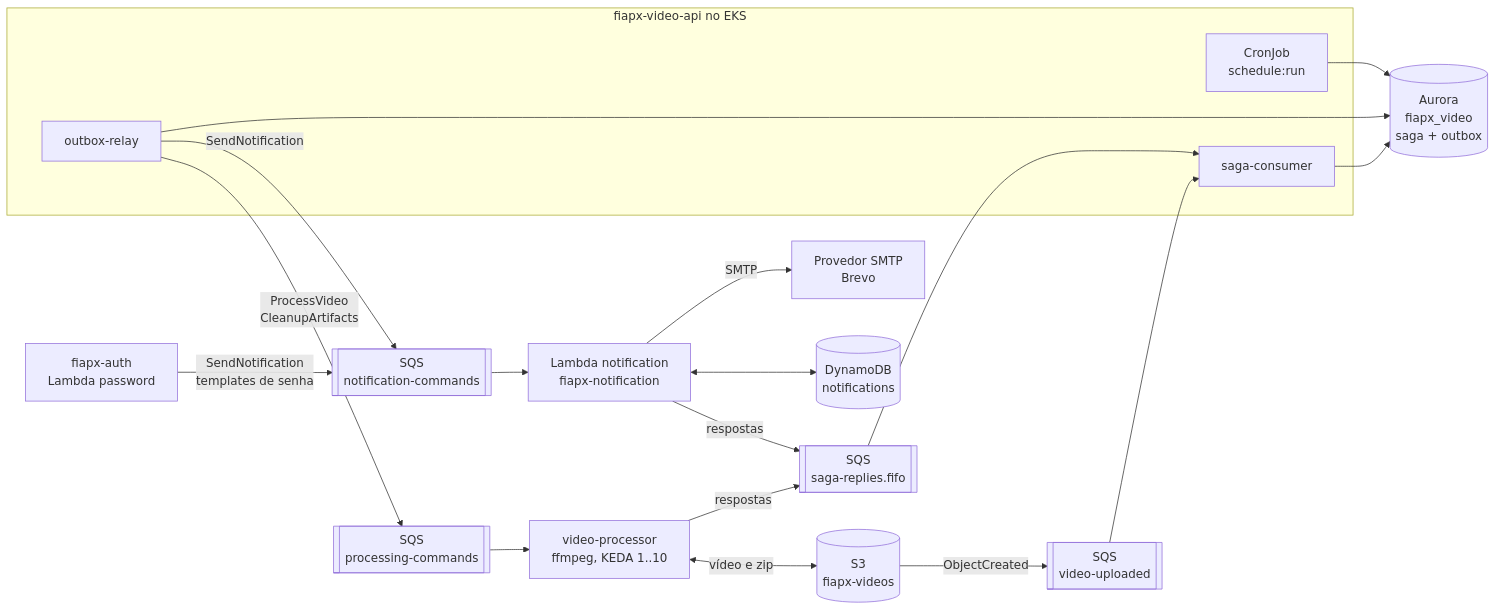
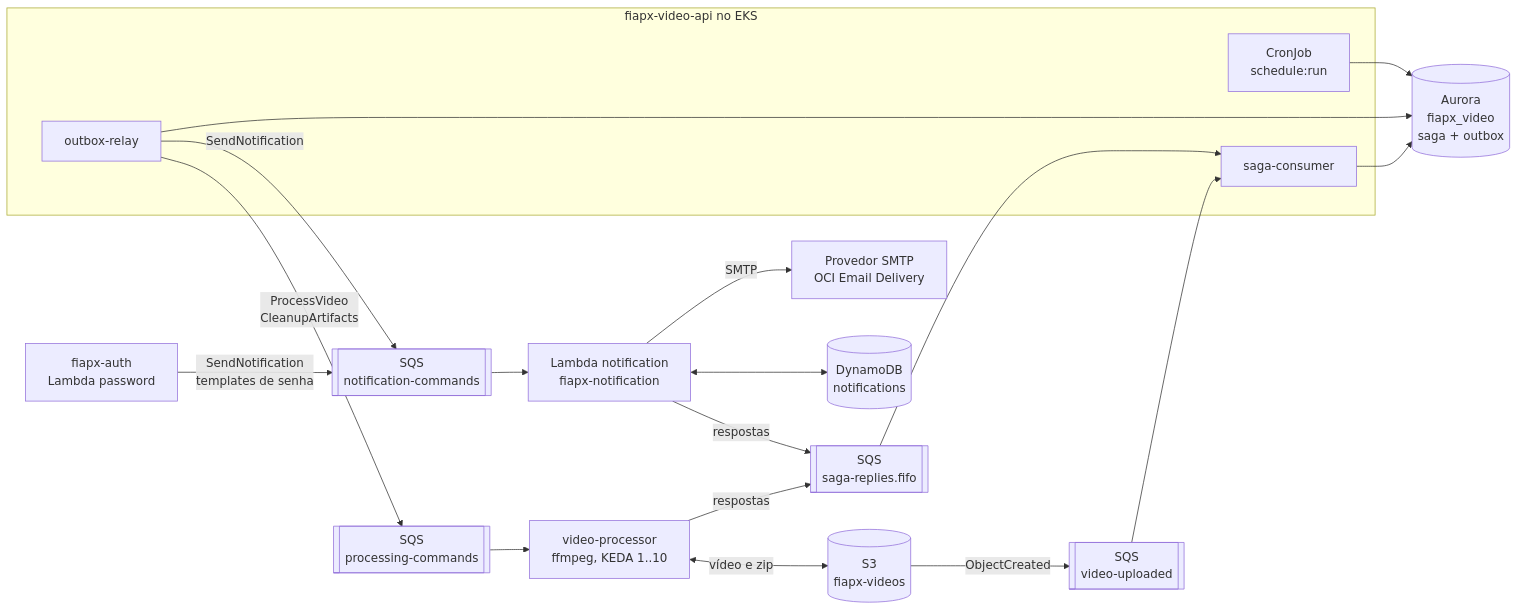
Before and after one commit to hackathon-fiap-soat/fiapx-docs: the second of 2 diagrams in 03-arquitetura/c4-containers.md, drawn with Mermaid. The commit also changed other lines of this file and 29 other files, not shown here.

First line of the commit message:
docs(adr): ADR-020, e-mail pelo OCI Email Delivery no lugar do Brevo (#24)

````diff
--- a/03-arquitetura/c4-containers.md
+++ b/03-arquitetura/c4-containers.md
@@ -34,26 +34,26 @@
 ```mermaid
 flowchart LR
   S3[("S3<br/>fiapx-videos")] -->|ObjectCreated| Q_UP[["SQS<br/>video-uploaded"]]
 
   subgraph VAPI["fiapx-video-api no EKS"]
     CONS["saga-consumer"]
     RELAY["outbox-relay"]
     CRON["CronJob<br/>schedule:run"]
   end
 
   Q_UP --> CONS
   CONS & RELAY & CRON --> AURORA_VIDEO[("Aurora<br/>fiapx_video<br/>saga + outbox")]
   RELAY -->|"ProcessVideo<br/>CleanupArtifacts"| Q_PROC[["SQS<br/>processing-commands"]]
   RELAY -->|SendNotification| Q_NOTIF[["SQS<br/>notification-commands"]]
   AUTHP["fiapx-auth<br/>Lambda password"] -->|"SendNotification<br/>templates de senha"| Q_NOTIF
 
   Q_PROC --> WRK["video-processor<br/>ffmpeg, KEDA 1..10"]
   WRK <-->|"vídeo e zip"| S3
   WRK -->|respostas| Q_REPLY[["SQS<br/>saga-replies.fifo"]]
 
   Q_NOTIF --> LNOTIF["Lambda notification<br/>fiapx-notification"]
-  LNOTIF -->|"SMTP"| SMTP["Provedor SMTP<br/>Brevo"]
+  LNOTIF -->|"SMTP"| SMTP["Provedor SMTP<br/>OCI Email Delivery"]
   LNOTIF <--> DDB[("DynamoDB<br/>notifications")]
   LNOTIF -->|respostas| Q_REPLY
   Q_REPLY --> CONS
 ```
````
